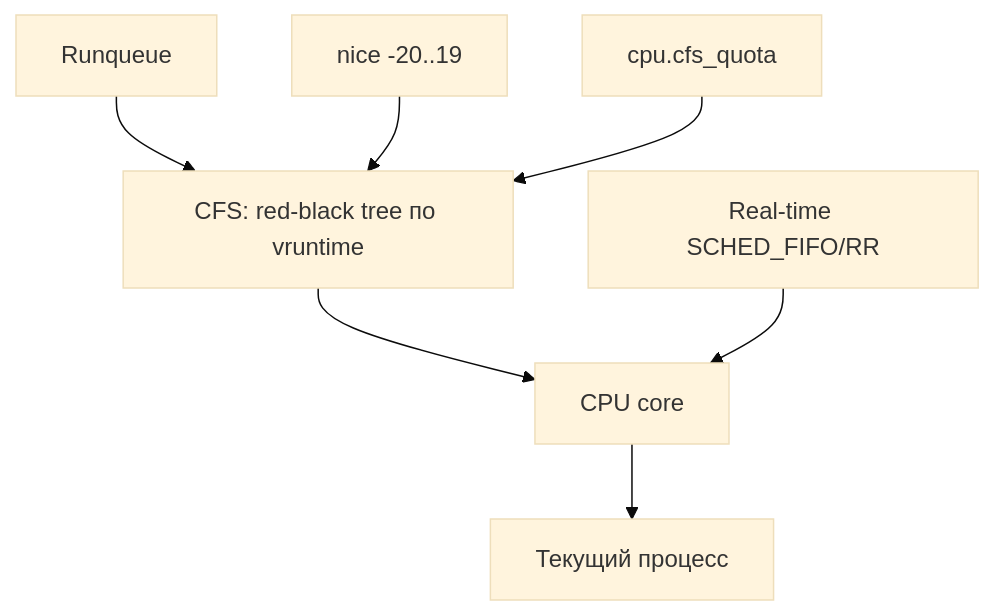
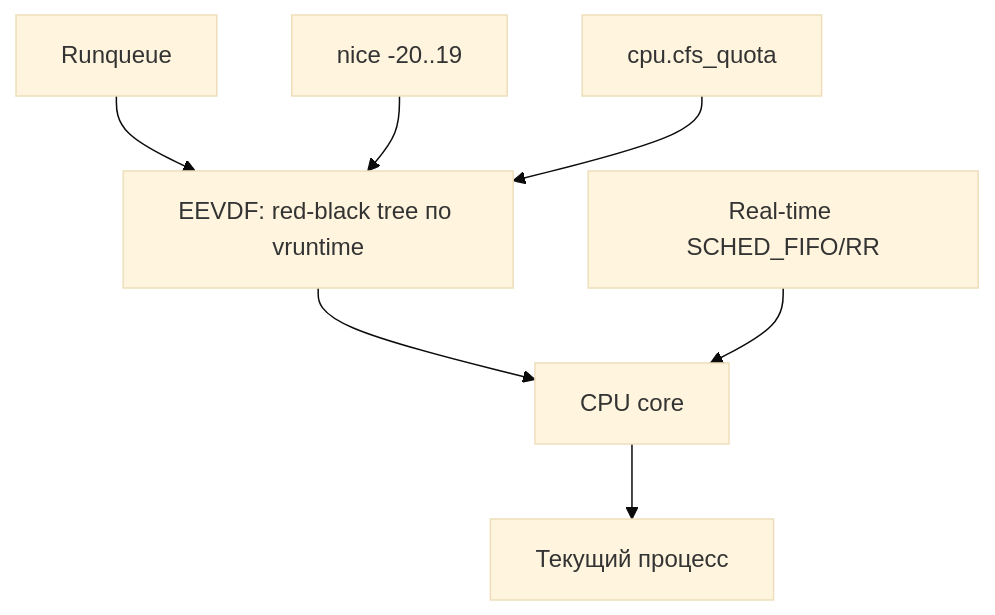
Before and after one commit to BenBakster/linux-brain-map: the diagram in linux-brain-map/05-scheduler/README.md, drawn with Mermaid (base theme). The commit also changed other lines of this file and 3 other files, not shown here.

First line of the commit message:
fix(linux-brain-map): планировщик — витрина CFS → EEVDF (дефолт с 6.6)

````diff
--- a/linux-brain-map/05-scheduler/README.md
+++ b/linux-brain-map/05-scheduler/README.md
@@ -7,9 +7,9 @@
 ```mermaid
 flowchart TB
-    RQ[Runqueue] --> CFS[CFS: red-black tree по vruntime]
-    CFS --> CPU[CPU core]
+    RQ[Runqueue] --> EEVDF[EEVDF: red-black tree по vruntime]
+    EEVDF --> CPU[CPU core]
     RT[Real-time SCHED_FIFO/RR] --> CPU
     CPU --> PROC[Текущий процесс]
-    NICE[nice -20..19] --> CFS
-    CGROUP[cpu.cfs_quota] --> CFS
+    NICE[nice -20..19] --> EEVDF
+    CGROUP[cpu.cfs_quota] --> EEVDF
 ```
````
